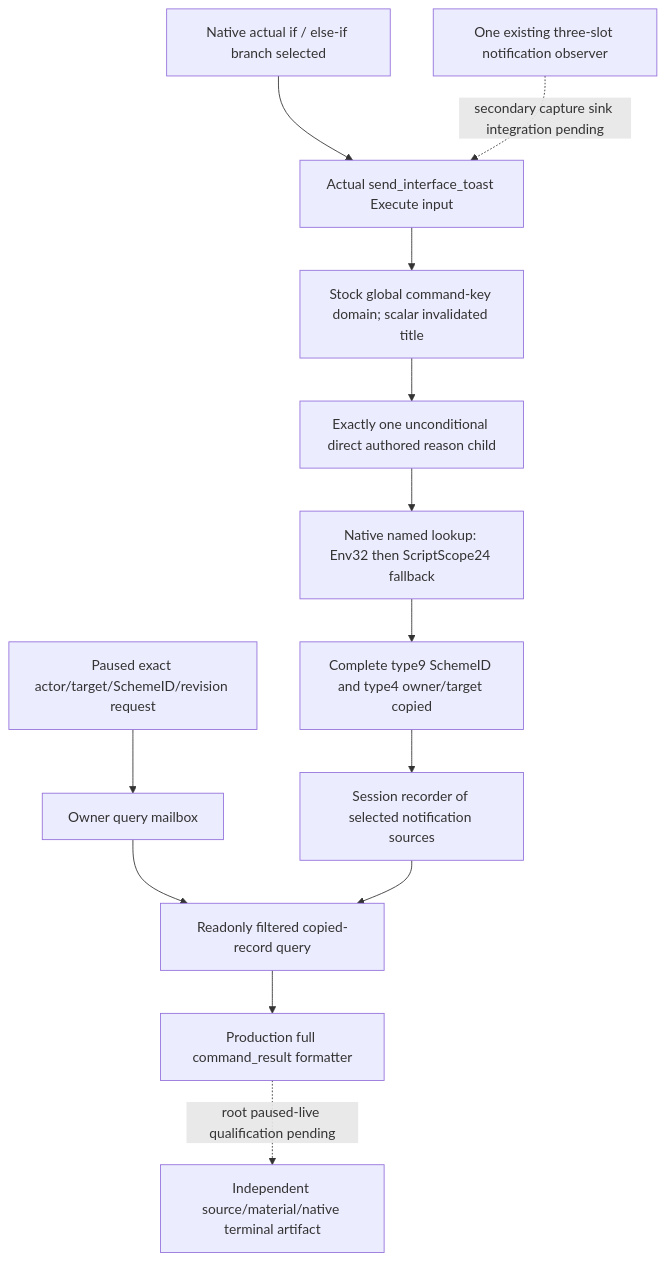
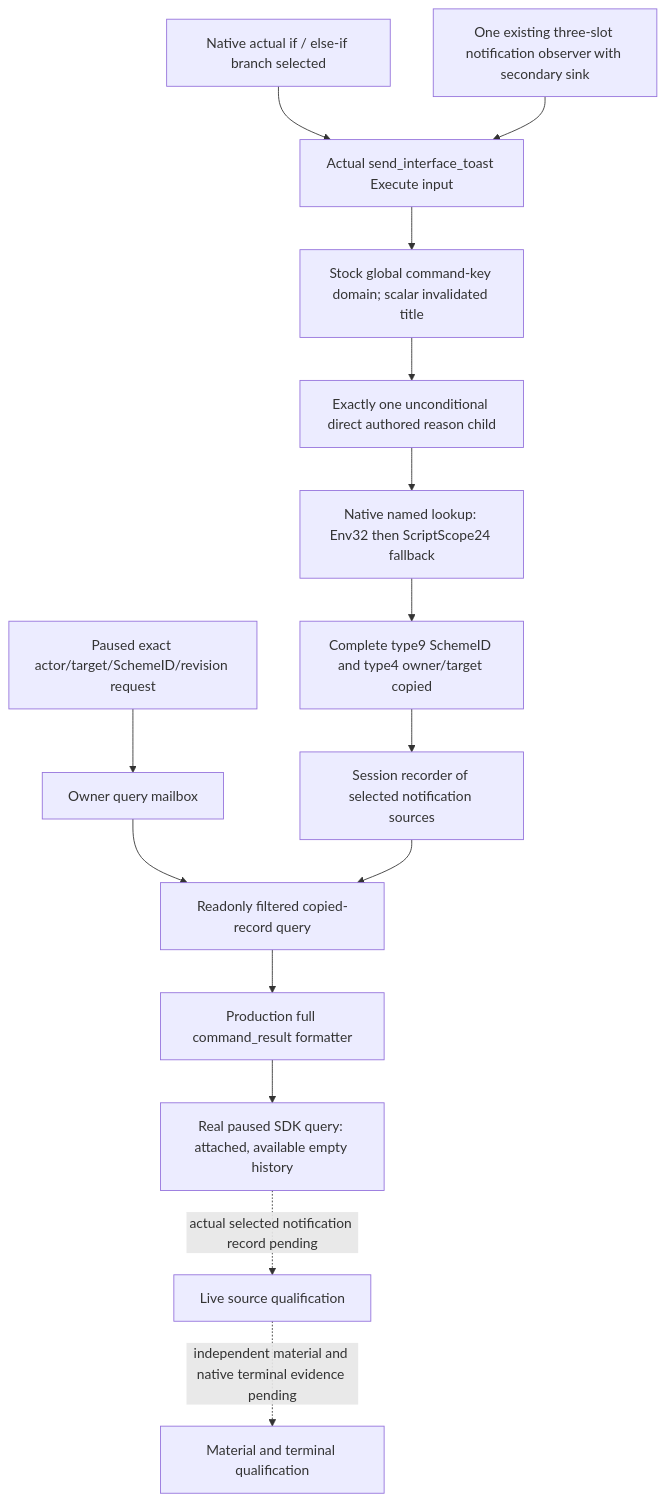
One commit to XenoAmess/ck3_eternal_recurrence changed the diagram in docs/ck3-native-ai/ck3-1.20.0.2-sway-completion-invalidation-query.md. Above: the diagram before and after it, drawn with Mermaid. The commit also changed other lines of this file and 4 other files, not shown here.

Commit message:
Record paused Sway query attachment evidence

````diff
--- a/docs/ck3-native-ai/ck3-1.20.0.2-sway-completion-invalidation-query.md
+++ b/docs/ck3-native-ai/ck3-1.20.0.2-sway-completion-invalidation-query.md
@@ -9,15 +11,17 @@
 ```mermaid
 flowchart TD
   I[Native actual if / else-if branch selected] --> E[Actual send_interface_toast Execute input]
   E --> C[Stock global command-key domain; scalar invalidated title]
   C --> D[Exactly one unconditional direct authored reason child]
   D --> S[Native named lookup: Env32 then ScriptScope24 fallback]
   S --> J[Complete type9 SchemeID and type4 owner/target copied]
   J --> R[Session recorder of selected notification sources]
   P[Paused exact actor/target/SchemeID/revision request] --> M[Owner query mailbox]
   M --> Q[Readonly filtered copied-record query]
   R --> Q
   Q --> F[Production full command_result formatter]
-  H[One existing three-slot notification observer] -. secondary capture sink integration pending .-> E
-  F -. root paused-live qualification pending .-> L[Independent source/material/native terminal artifact]
+  H[One existing three-slot notification observer with secondary sink] --> E
+  F --> L[Real paused SDK query: attached, available empty history]
+  L -. actual selected notification record pending .-> V[Live source qualification]
+  V -. independent material and native terminal evidence pending .-> U[Material and terminal qualification]
 ```
````
